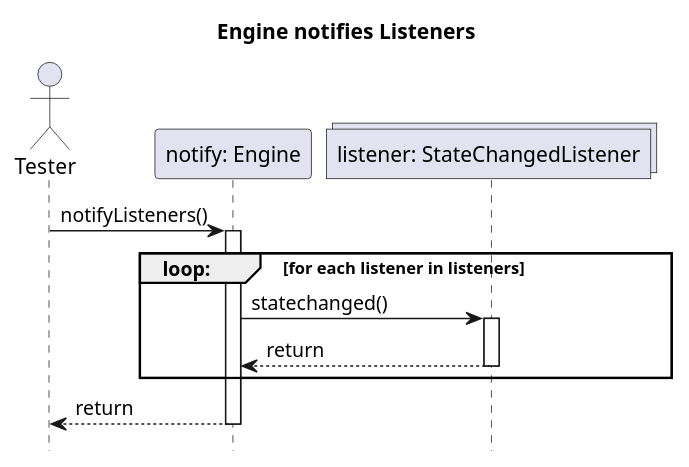
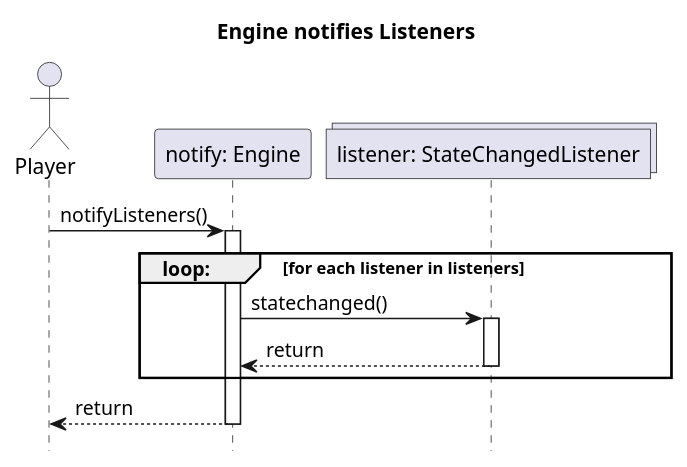
Before and after one commit to viseguard-studios/Documentation: the diagram in docs/bead11/seq/notifylistenersEngine.puml, drawn with PlantUML. The commit also changed 10 other files, not shown here.

```diff
--- a/docs/bead11/seq/notifylistenersEngine.puml
+++ b/docs/bead11/seq/notifylistenersEngine.puml
@@ -1,17 +1,17 @@
 @startuml
 hide footbox
 title Engine notifies Listeners
 
-actor Tester as tester
+actor Player as player
 participant "notify: Engine" as notify
 collections "listener: StateChangedListener" as listener
 
-tester -> notify++: notifyListeners()
+player -> notify++: notifyListeners()
 group loop: [for each listener in listeners]
     notify -> listener++: statechanged()
     listener --> notify--: return
 end
-notify --> tester--: return
+notify --> player--: return
 
 
 @enduml
```
